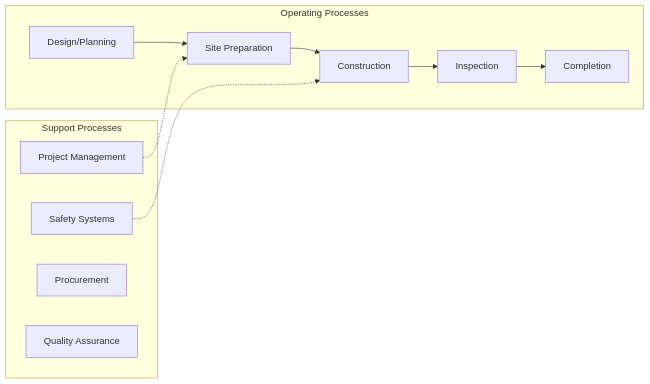
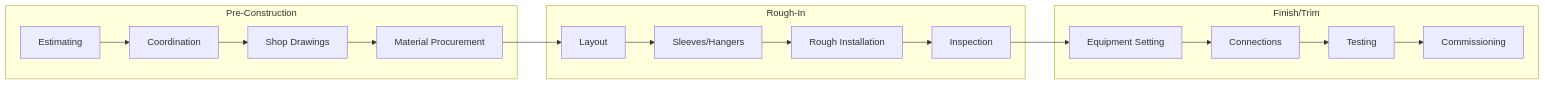
The second of 3 diagrams in industries/Construction/SpecialtyTradeContractors/BuildingEquipmentContractors/index.mdx (kziemski/business.org.ai), drawn with Mermaid before and after one commit. The commit also changed other lines of this file and 20 other files, not shown here.

````diff
--- a/industries/Construction/SpecialtyTradeContractors/BuildingEquipmentContractors/index.mdx
+++ b/industries/Construction/SpecialtyTradeContractors/BuildingEquipmentContractors/index.mdx
@@ -50,24 +78,27 @@
 ```mermaid
 flowchart LR
-    subgraph Operating["Operating Processes"]
-        O1["Design/Planning"]
-        O2["Site Preparation"]
-        O3["Construction"]
-        O4["Inspection"]
-        O5["Completion"]
+    subgraph Preconstruction["Pre-Construction"]
+        P1["Estimating"]
+        P2["Coordination"]
+        P3["Shop Drawings"]
+        P4["Material Procurement"]
     end
 
-    subgraph Support["Support Processes"]
-        S1["Project Management"]
-        S2["Safety Systems"]
-        S3["Procurement"]
-        S4["Quality Assurance"]
+    subgraph Rough["Rough-In"]
+        R1["Layout"]
+        R2["Sleeves/Hangers"]
+        R3["Rough Installation"]
+        R4["Inspection"]
     end
 
-    O1 --> O2
-    O2 --> O3
-    O3 --> O4
-    O4 --> O5
-    S1 -.-> O2
-    S2 -.-> O3
+    subgraph Finish["Finish/Trim"]
+        F1["Equipment Setting"]
+        F2["Connections"]
+        F3["Testing"]
+        F4["Commissioning"]
+    end
+
+    P1 --> P2 --> P3 --> P4
+    P4 --> R1 --> R2 --> R3 --> R4
+    R4 --> F1 --> F2 --> F3 --> F4
 ```
````
